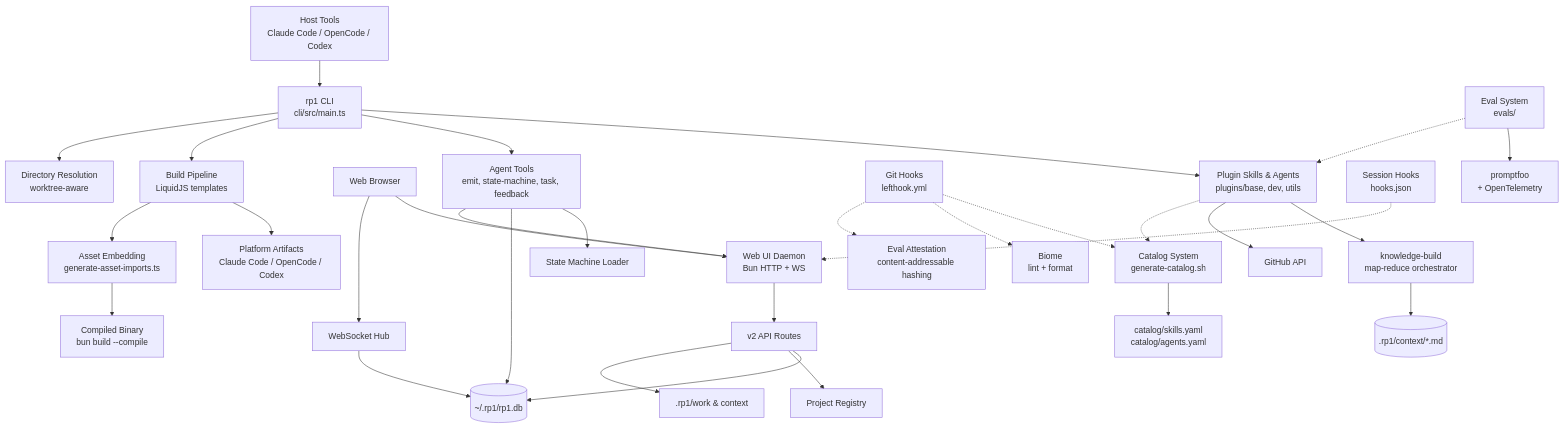
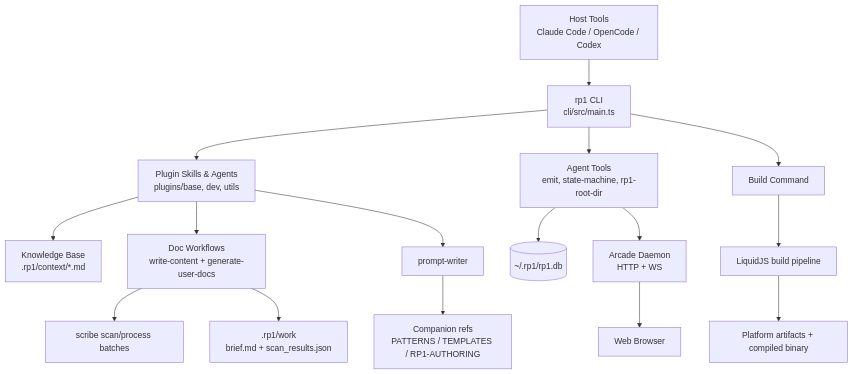
The diagram in .rp1/context/architecture.md (rp1-run/rp1), drawn with Mermaid before and after one commit. The commit also changed other lines of this file and 6 other files, not shown here.

````diff
--- a/.rp1/context/architecture.md
+++ b/.rp1/context/architecture.md
@@ -9,32 +9,18 @@
 ```mermaid
 flowchart TB
-    Host["Host Tools\nClaude Code / OpenCode / Codex"] --> CLI["rp1 CLI\ncli/src/main.ts"]
-    CLI --> Skills["Plugin Skills & Agents\nplugins/base, dev, utils"]
-    CLI --> Tools["Agent Tools\nemit, state-machine, task, feedback"]
-    Skills --> KBBuild["knowledge-build\nmap-reduce orchestrator"]
-    KBBuild --> KBFiles[(".rp1/context/*.md")]
-    Tools --> SM["State Machine Loader"]
-    Tools --> EmitDB[("~/.rp1/rp1.db")]
-    Tools --> Daemon["Web UI Daemon\nBun HTTP + WS"]
-    Daemon --> API["v2 API Routes"]
-    API --> EmitDB
-    API --> Registry["Project Registry"]
-    API --> Workspace[".rp1/work & context"]
-    Browser["Web Browser"] --> Daemon
-    Browser --> WS["WebSocket Hub"]
-    WS --> EmitDB
-    Skills --> GitHub["GitHub API"]
-    CLI --> BuildPipeline["Build Pipeline\nLiquidJS templates"]
-    BuildPipeline --> Platforms["Platform Artifacts\nClaude Code / OpenCode / Codex"]
-    BuildPipeline --> AssetEmbed["Asset Embedding\ngenerate-asset-imports.ts"]
-    AssetEmbed --> Binary["Compiled Binary\nbun build --compile"]
-    Catalog["Catalog System\ngenerate-catalog.sh"] --> CatalogFiles["catalog/skills.yaml\ncatalog/agents.yaml"]
-    Skills -.-> Catalog
-    Lefthook["Git Hooks\nlefthook.yml"] -.-> Catalog
-    Lefthook -.-> Biome["Biome\nlint + format"]
-    Lefthook -.-> EvalAttest["Eval Attestation\ncontent-addressable hashing"]
-    Evals["Eval System\nevals/"] --> Promptfoo["promptfoo\n+ OpenTelemetry"]
-    Evals -.-> Skills
-    Hooks["Session Hooks\nhooks.json"] -.-> Daemon
-    CLI --> DirRes["Directory Resolution\nworktree-aware"]
+    Host["Host Tools<br/>Claude Code / OpenCode / Codex"] --> CLI["rp1 CLI<br/>cli/src/main.ts"]
+    CLI --> Skills["Plugin Skills & Agents<br/>plugins/base, dev, utils"]
+    CLI --> AgentTools["Agent Tools<br/>emit, state-machine, rp1-root-dir"]
+    CLI --> Build["Build Command"]
+    AgentTools --> EventDB[("~/.rp1/rp1.db")]
+    AgentTools --> Daemon["Arcade Daemon<br/>HTTP + WS"]
+    Daemon --> Browser["Web Browser"]
+    Skills --> KB["Knowledge Base<br/>.rp1/context/*.md"]
+    Skills --> DocFlows["Doc Workflows<br/>write-content + generate-user-docs"]
+    DocFlows --> Scribe["scribe scan/process batches"]
+    DocFlows --> Work[".rp1/work<br/>brief.md + scan_results.json"]
+    Skills --> PromptWriter["prompt-writer"]
+    PromptWriter --> Refs["Companion refs<br/>PATTERNS / TEMPLATES / RP1-AUTHORING"]
+    Build --> Pipeline["LiquidJS build pipeline"]
+    Pipeline --> Artifacts["Platform artifacts + compiled binary"]
 ```
````
